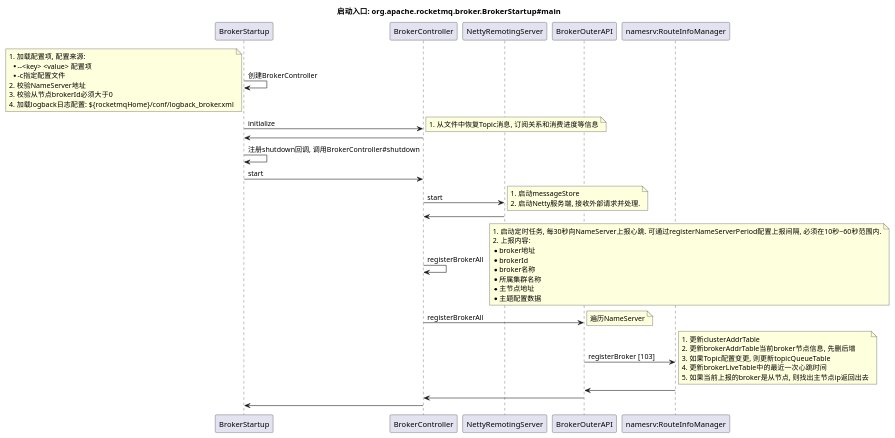
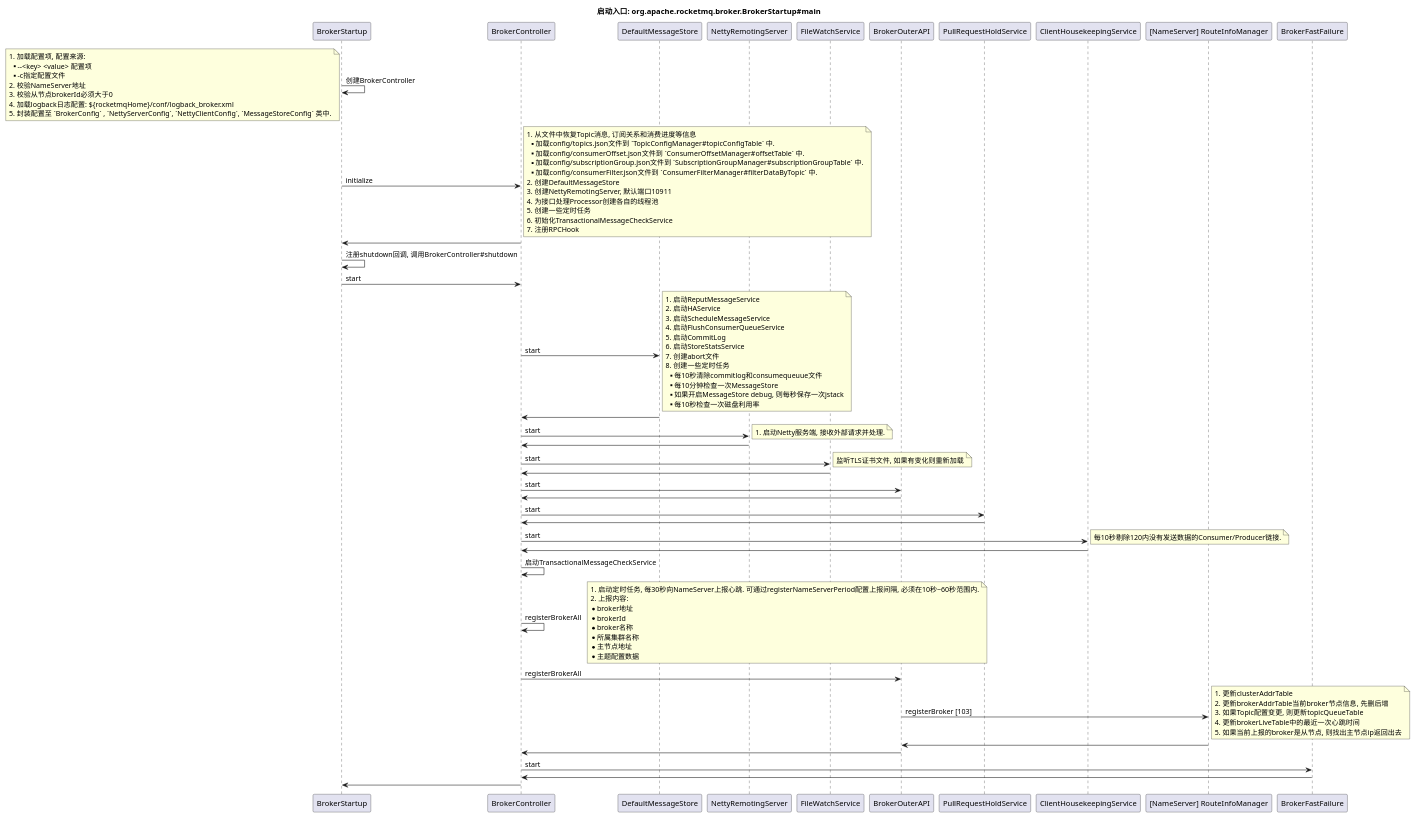
The diagram in charts/rocketmq/BrokerStartup.puml (jjyyjjyy/cafebabe), drawn with PlantUML before and after one commit. The commit also changed 11 other files, not shown here.

```diff
--- a/charts/rocketmq/BrokerStartup.puml
+++ b/charts/rocketmq/BrokerStartup.puml
@@ -1,59 +1,108 @@
 @startuml
 
 title 启动入口: org.apache.rocketmq.broker.BrokerStartup#main
 
 BrokerStartup -> BrokerStartup : 创建BrokerController
 note left
 # 加载配置项, 配置来源:
 ** --<key> <value> 配置项
 ** -c指定配置文件
 # 校验NameServer地址
 # 校验从节点brokerId必须大于0
 # 加载logback日志配置: ${rocketmqHome}/conf/logback_broker.xml
+# 封装配置至 `BrokerConfig` , `NettyServerConfig`, `NettyClientConfig`, `MessageStoreConfig` 类中.
 end note
 
 BrokerStartup -> BrokerController : initialize
 note right
 # 从文件中恢复Topic消息, 订阅关系和消费进度等信息
+** 加载config/topics.json文件到 `TopicConfigManager#topicConfigTable` 中.
+** 加载config/consumerOffset.json文件到 `ConsumerOffsetManager#offsetTable` 中.
+** 加载config/subscriptionGroup.json文件到 `SubscriptionGroupManager#subscriptionGroupTable` 中.
+** 加载config/consumerFilter.json文件到 `ConsumerFilterManager#filterDataByTopic` 中.
+# 创建DefaultMessageStore
+# 创建NettyRemotingServer, 默认端口10911
+# 为接口处理Processor创建各自的线程池
+# 创建一些定时任务
+# 初始化TransactionalMessageCheckService
+# 注册RPCHook
 end note
 
 BrokerController -> BrokerStartup
 BrokerStartup -> BrokerStartup : 注册shutdown回调, 调用BrokerController#shutdown
 
 BrokerStartup -> BrokerController : start
 
+BrokerController -> DefaultMessageStore : start
+note right
+# 启动ReputMessageService
+# 启动HAService
+# 启动ScheduleMessageService
+# 启动FlushConsumerQueueService
+# 启动CommitLog
+# 启动StoreStatsService
+# 创建abort文件
+# 创建一些定时任务
+** 每10秒清除commitlog和consumequeuue文件
+** 每10分钟检查一次MessageStore
+** 如果开启MessageStore debug, 则每秒保存一次jstack
+** 每10秒检查一次磁盘利用率
+end note
+DefaultMessageStore -> BrokerController
+
 BrokerController -> NettyRemotingServer : start
 note right
-# 启动messageStore
 # 启动Netty服务端, 接收外部请求并处理.
 end note
+NettyRemotingServer -> BrokerController
 
-NettyRemotingServer -> BrokerController
+BrokerController -> FileWatchService : start
+note right
+监听TLS证书文件, 如果有变化则重新加载
+end note
+FileWatchService -> BrokerController
+
+BrokerController -> BrokerOuterAPI : start
+BrokerOuterAPI -> BrokerController
+
+BrokerController -> PullRequestHoldService : start
+PullRequestHoldService -> BrokerController
+
+BrokerController -> ClientHousekeepingService : start
+note right
+每10秒剔除120内没有发送数据的Consumer/Producer链接.
+end note
+ClientHousekeepingService -> BrokerController
+
+BrokerController -> BrokerController : 启动TransactionalMessageCheckService
 BrokerController -> BrokerController : registerBrokerAll
 note right
 # 启动定时任务, 每30秒向NameServer上报心跳. 可通过registerNameServerPeriod配置上报间隔, 必须在10秒~60秒范围内.
 # 上报内容:
 * broker地址
 * brokerId
 * broker名称
 * 所属集群名称
 * 主节点地址
 * 主题配置数据
 end note
+
 BrokerController -> BrokerOuterAPI : registerBrokerAll
-note right: 遍历NameServer
-BrokerOuterAPI -> "namesrv:RouteInfoManager" : registerBroker [103]
+BrokerOuterAPI -> "[NameServer] RouteInfoManager" : registerBroker [103]
 note right
 # 更新clusterAddrTable
 # 更新brokerAddrTable当前broker节点信息, 先删后增
 # 如果Topic配置变更, 则更新topicQueueTable
 # 更新brokerLiveTable中的最近一次心跳时间
 # 如果当前上报的broker是从节点, 则找出主节点ip返回出去
 end note
 
-"namesrv:RouteInfoManager" -> BrokerOuterAPI
+"[NameServer] RouteInfoManager" -> BrokerOuterAPI
 BrokerOuterAPI -> BrokerController
+
+BrokerController -> BrokerFastFailure : start
+BrokerFastFailure -> BrokerController
 
 BrokerController -> BrokerStartup
 
 @enduml
```
